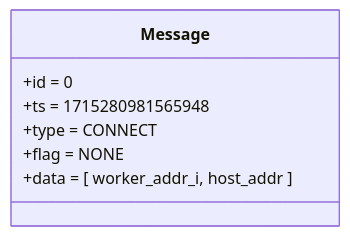
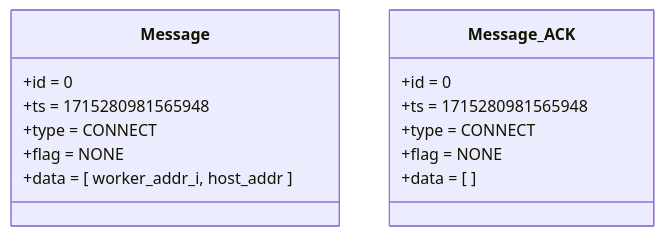
One commit to duclos-cavalcanti/TreeBuilder changed the fourth of 5 diagrams in docs/slidev/slides/Workflow-1.0.md. Above: the diagram before and after it, drawn with Mermaid. The commit also changed other lines of this file and 11 other files, not shown here.

````diff
--- a/docs/slidev/slides/Workflow-1.0.md
+++ b/docs/slidev/slides/Workflow-1.0.md
@@ -110,11 +94,19 @@
 ```mermaid
 classDiagram
     class Message{
             +id   = 0
             +ts   = 1715280981565948
             +type = CONNECT
             +flag = NONE
             +data = [ worker_addr_i, host_addr ]
     }
+
+    class Message_ACK{
+            +id   = 0
+            +ts   = 1715280981565948
+            +type = CONNECT
+            +flag = NONE
+            +data = [ ]
+    }
     %% style Message fill:#0070C0,color:#fff
 ```
````
